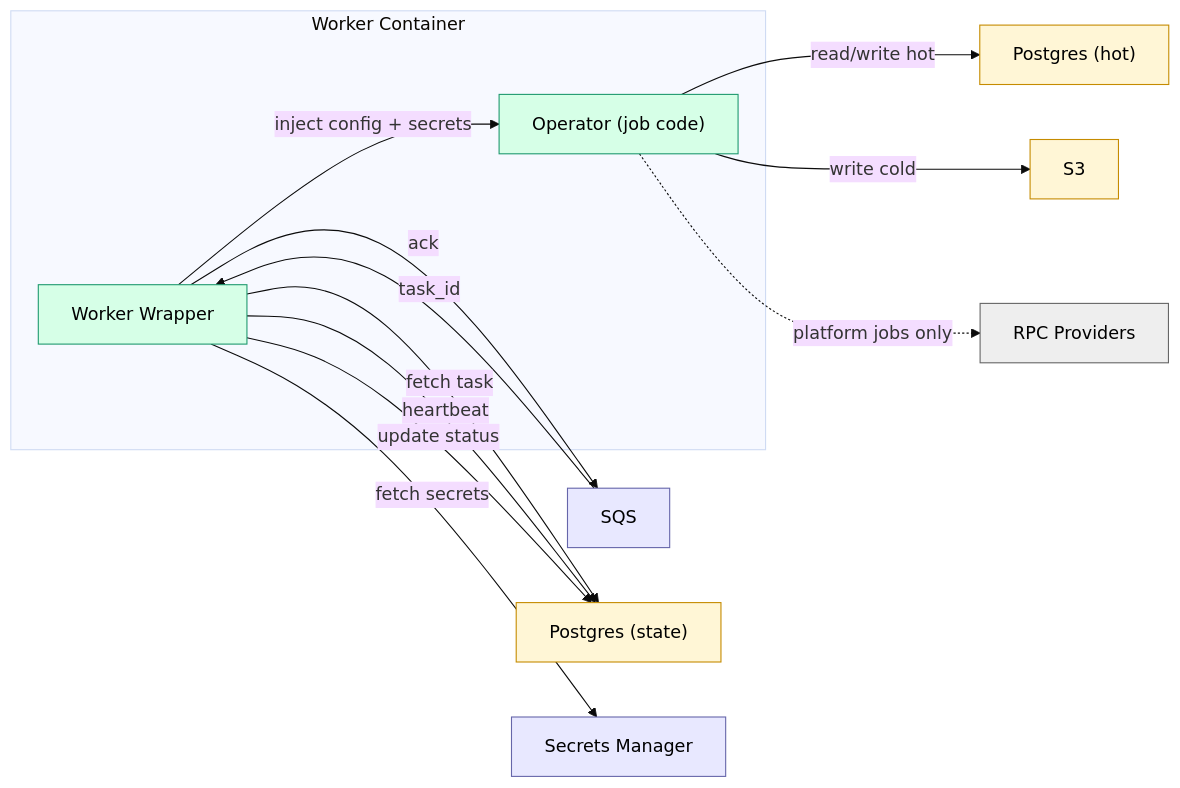
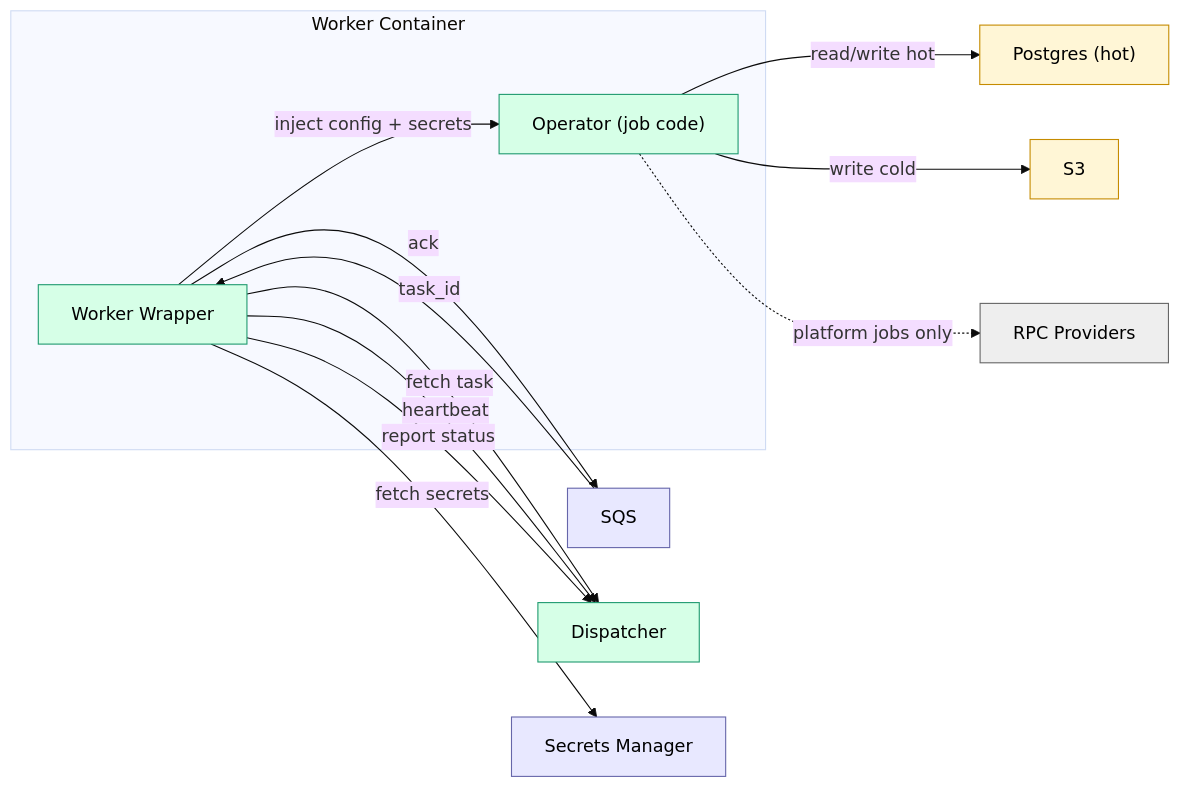
Before and after one commit to c7121/trace: the fifth of 6 diagrams in docs/architecture/overview.md, drawn with Mermaid (base theme). The commit also changed other lines of this file and 28 other files, not shown here.

````diff
--- a/docs/architecture/overview.md
+++ b/docs/architecture/overview.md
@@ -250,32 +250,32 @@
 ```mermaid
 flowchart LR
     subgraph Worker["Worker Container"]
         wrapper["Worker Wrapper"]:::component
         operator["Operator (job code)"]:::component
     end
 
     sqs["SQS"]:::infra
-    postgres_state["Postgres (state)"]:::database
+    dispatcher["Dispatcher"]:::component
     postgres_hot["Postgres (hot)"]:::database
     s3["S3"]:::database
     secrets["Secrets Manager"]:::infra
     rpc["RPC Providers"]:::ext
 
     sqs -->|task_id| wrapper
-    wrapper -->|fetch task| postgres_state
+    wrapper -->|fetch task| dispatcher
     wrapper -->|fetch secrets| secrets
     wrapper -->|inject config + secrets| operator
-    wrapper -->|heartbeat| postgres_state
+    wrapper -->|heartbeat| dispatcher
     
     operator -->|read/write hot| postgres_hot
     operator -->|write cold| s3
     operator -.->|platform jobs only| rpc
     
-    wrapper -->|update status| postgres_state
+    wrapper -->|report status| dispatcher
     wrapper -->|ack| sqs
 
     classDef component fill:#d6ffe7,stroke:#1f9a6f,color:#000;
     classDef infra fill:#e8e8ff,stroke:#6666aa,color:#000;
     classDef database fill:#fff6d6,stroke:#c58b00,color:#000;
     classDef ext fill:#eee,stroke:#666,color:#000;
 ```
````
